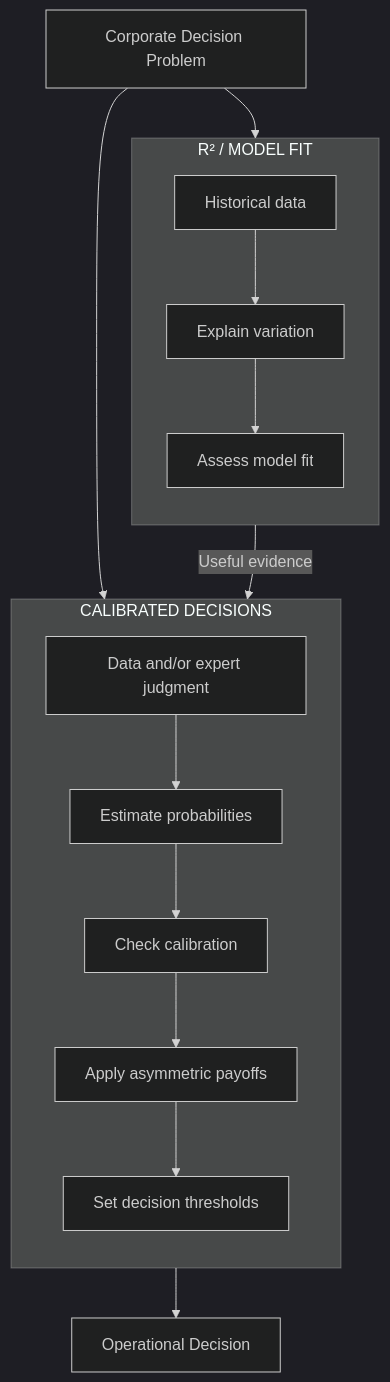
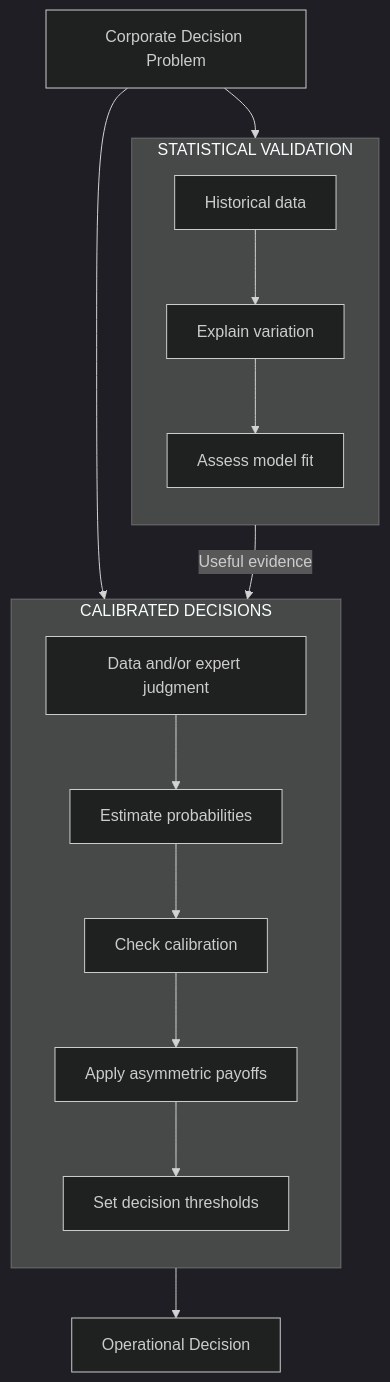
The diagram in work-notes/calibrated-decisions-revised.md (Tellusant/docs), drawn with Mermaid (dark theme) before and after one commit. The commit also changed other lines of this file, not shown here.

```diff
--- a/work-notes/calibrated-decisions-revised.md
+++ b/work-notes/calibrated-decisions-revised.md
@@ -26,30 +31,30 @@
 <div class="mermaid">
 flowchart TD
 
     A["Corporate Decision Problem"]
 
-    subgraph R["R² / MODEL FIT"]
+    subgraph R["STATISTICAL VALIDATION"]
         direction TB
         R1["Historical data"]
         R2["Explain variation"]
         R3["Assess model fit"]
     end
 
     subgraph C["CALIBRATED DECISIONS"]
         direction TB
         C1["Data and/or expert judgment"]
         C2["Estimate probabilities"]
         C3["Check calibration"]
         C4["Apply asymmetric payoffs"]
         C5["Set decision thresholds"]
     end
 
     A --> R
     A --> C
 
     R1 --> R2 --> R3
     C1 --> C2 --> C3 --> C4 --> C5
 
     R3 -->|"Useful evidence"| C2
     C5 --> D["Operational Decision"]
 </div>
```
